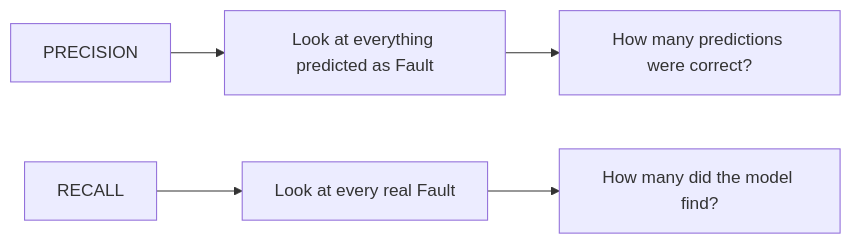
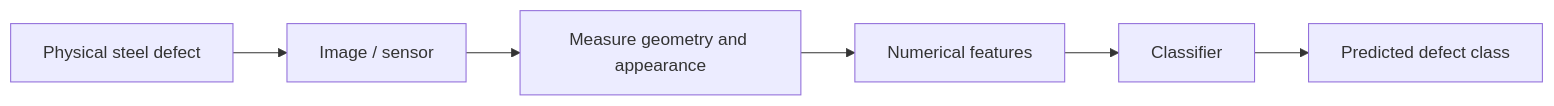
One commit to iqram20/ComputerAidedAnalysis changed the fifth of 5 diagrams in weeks/Week_08_Classification/Week_08_Lecture_Page.md. Above: the diagram before and after it, drawn with Mermaid. The commit also changed other lines of this file, not shown here.

Commit message:
Reorganize Week 8 lecture to introduce engineering classification before steel case study

```diff
--- a/weeks/Week_08_Classification/Week_08_Lecture_Page.md
+++ b/weeks/Week_08_Classification/Week_08_Lecture_Page.md
@@ -355,8 +342,8 @@
 ~~~mermaid
 flowchart LR
-    A[PRECISION] --> B[Look at everything predicted as Fault]
-    B --> C[How many predictions were correct?]
-
-    D[RECALL] --> E[Look at every real Fault]
-    E --> F[How many did the model find?]
+    A[Physical steel defect] --> B[Image / sensor]
+    B --> C[Measure geometry and appearance]
+    C --> D[Numerical features]
+    D --> E[Classifier]
+    E --> F[Predicted defect class]
 ~~~
```
